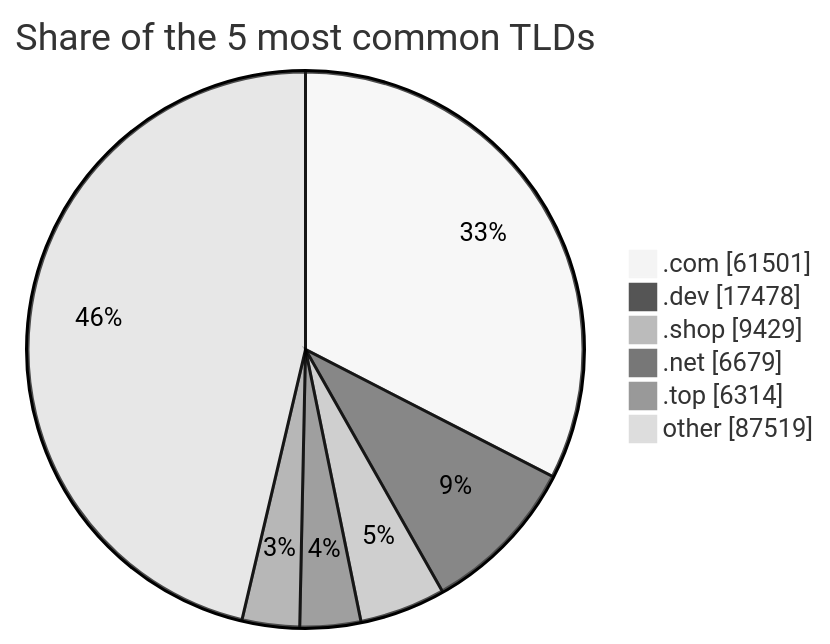
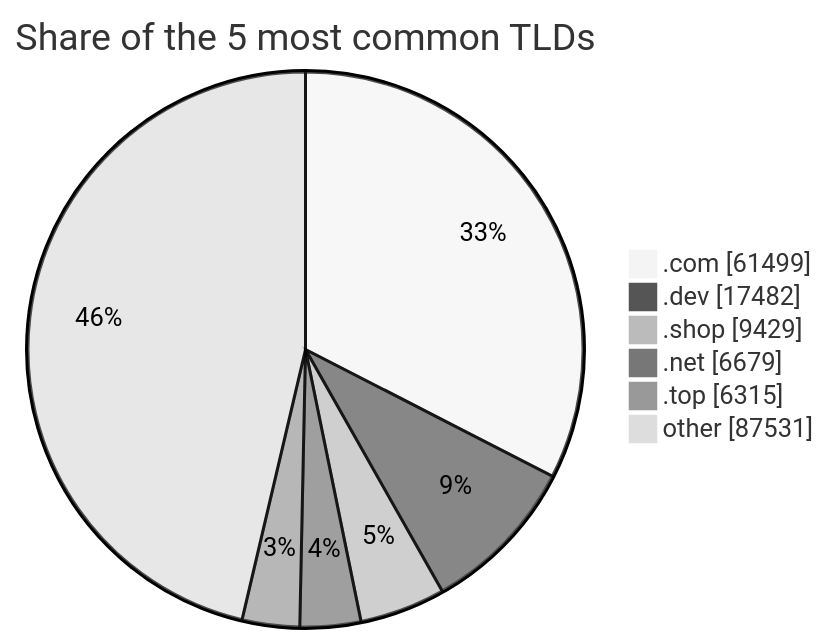
Before and after one commit to DNSBunker/CTI: the third of 3 diagrams in README.md, drawn with Mermaid (neutral theme). The commit also changed other lines of this file and 3 other files, not shown here.

````diff
--- a/README.md
+++ b/README.md
@@ -81,9 +81,9 @@
 ```mermaid
 pie showData title Share of the 5 most common TLDs
-    ".com" : 61501
-    ".dev" : 17478
+    ".com" : 61499
+    ".dev" : 17482
     ".shop" : 9429
     ".net" : 6679
-    ".top" : 6314
-    "other" : 87519
+    ".top" : 6315
+    "other" : 87531
 ```
````
